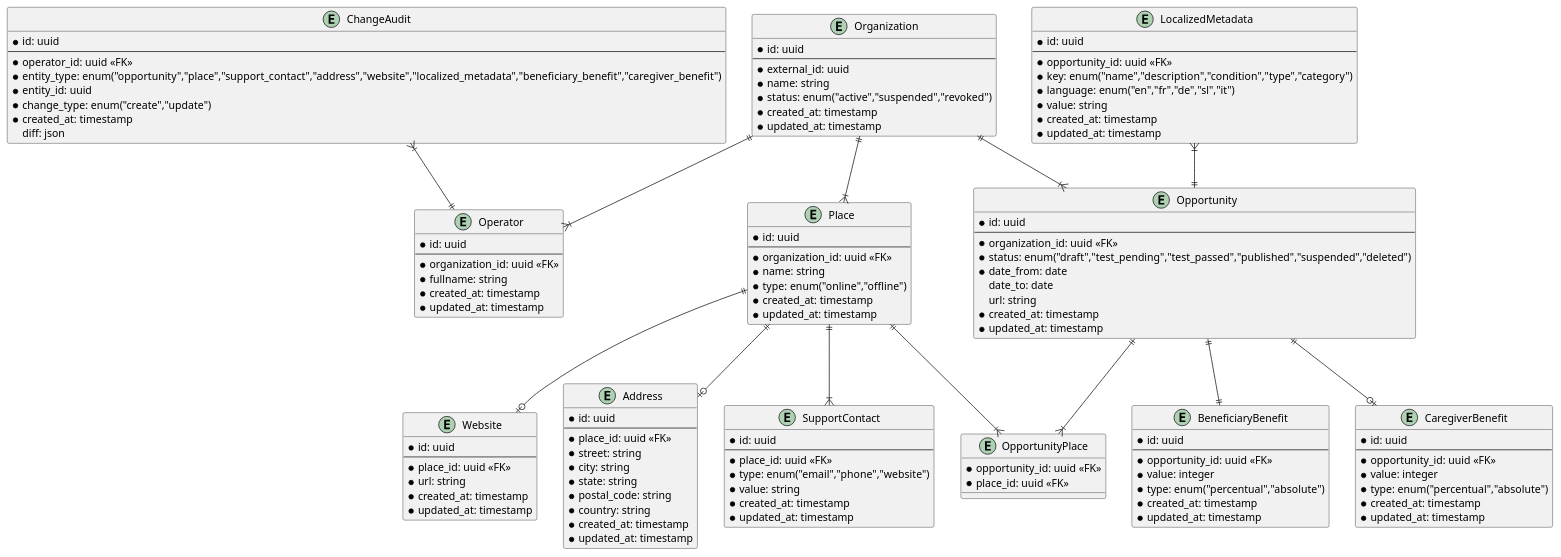
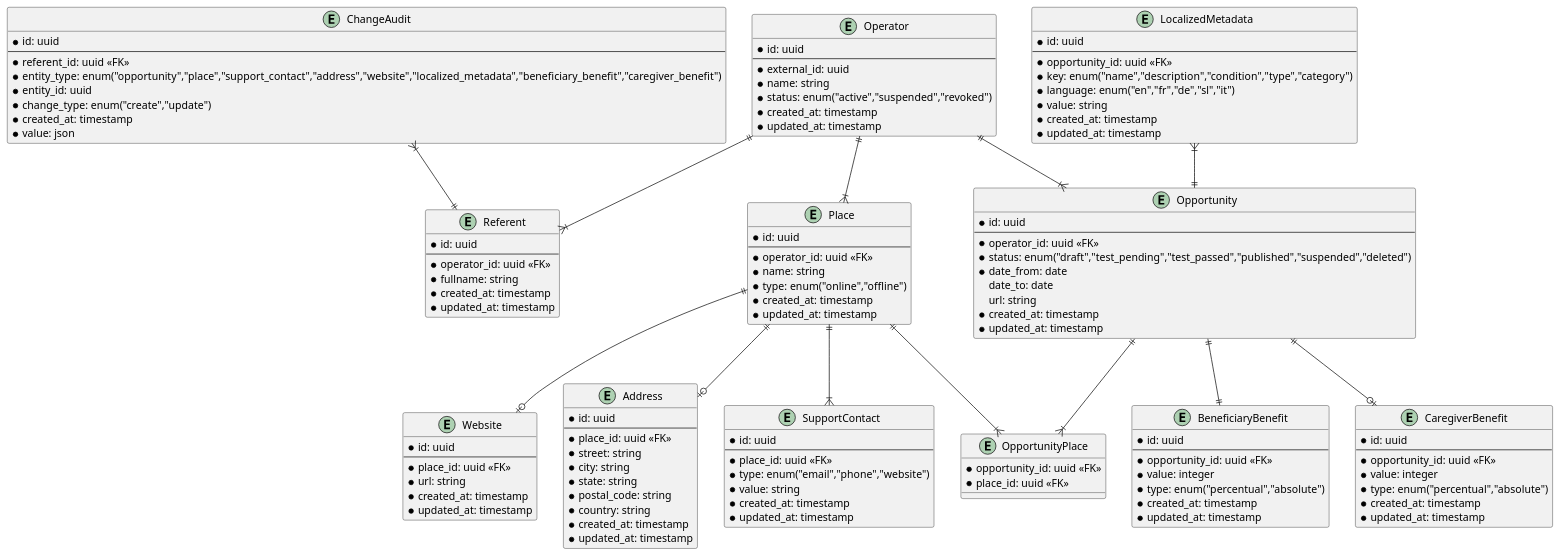
One commit to pagopa/io-growth changed the diagram in docs/backoffice/er.puml. Above: the diagram before and after it, drawn with PlantUML. The commit also changed 1 other file, not shown here.

```diff
--- a/docs/backoffice/er.puml
+++ b/docs/backoffice/er.puml
@@ -1,136 +1,136 @@
 @startuml ced_er_diagram
 
-entity Organization {
+entity Operator {
     * id: uuid
     --
     * external_id: uuid
     * name: string
     * status: enum("active","suspended","revoked")
     * created_at: timestamp
     * updated_at: timestamp
 }
 
-entity Operator {
+entity Referent {
     * id: uuid
     --
-    * organization_id: uuid <<FK>>
+    * operator_id: uuid <<FK>>
     * fullname: string
     * created_at: timestamp
     * updated_at: timestamp
 }
 
 entity Place {
     * id: uuid
     --
-    * organization_id: uuid <<FK>>
+    * operator_id: uuid <<FK>>
     * name: string
     * type: enum("online","offline")
     * created_at: timestamp
     * updated_at: timestamp
 }
 
 entity Website {
     * id: uuid
     --
     * place_id: uuid <<FK>>
     * url: string
     * created_at: timestamp
     * updated_at: timestamp
 }
 
 entity Address {
     * id: uuid
     --
     * place_id: uuid <<FK>>
     * street: string
     * city: string
     * state: string
     * postal_code: string
     * country: string
     * created_at: timestamp
     * updated_at: timestamp
 }
 
 entity SupportContact {
     * id: uuid
     --
     * place_id: uuid <<FK>>
     * type: enum("email","phone","website")
     * value: string
     * created_at: timestamp
     * updated_at: timestamp
 }
 
 entity OpportunityPlace {
     * opportunity_id: uuid <<FK>>
     * place_id: uuid <<FK>>
 }
 
 entity Opportunity {
     * id: uuid
     --
-    * organization_id: uuid <<FK>>
+    * operator_id: uuid <<FK>>
     * status: enum("draft","test_pending","test_passed","published","suspended","deleted")
     * date_from: date
     date_to: date
     url: string
     * created_at: timestamp
     * updated_at: timestamp
 }
 
 entity BeneficiaryBenefit {
     * id: uuid
     --
     * opportunity_id: uuid <<FK>>
     * value: integer
     * type: enum("percentual","absolute")
     * created_at: timestamp
     * updated_at: timestamp
 }
 
 entity CaregiverBenefit {
     * id: uuid
     --
     * opportunity_id: uuid <<FK>>
     * value: integer
     * type: enum("percentual","absolute")
     * created_at: timestamp
     * updated_at: timestamp
 }
 
 entity LocalizedMetadata {
     * id: uuid
     --
     * opportunity_id: uuid <<FK>>
     * key: enum("name","description","condition","type","category")
     * language: enum("en","fr","de","sl","it")
     * value: string
     * created_at: timestamp
     * updated_at: timestamp
 }
 
 entity ChangeAudit {
     * id: uuid
     --
-    * operator_id: uuid <<FK>>
+    * referent_id: uuid <<FK>>
     * entity_type: enum("opportunity","place","support_contact","address","website","localized_metadata","beneficiary_benefit","caregiver_benefit")
     * entity_id: uuid
     * change_type: enum("create","update")
     * created_at: timestamp
-    diff: json
+    * value: json
 }
 
-ChangeAudit }|--|| Operator
-Organization ||--|{ Operator
-Organization ||--|{ Place
-Organization ||--|{ Opportunity
+ChangeAudit }|--|| Referent
+Operator ||--|{ Referent
+Operator ||--|{ Place
+Operator ||--|{ Opportunity
 Place ||--o| Address
 Place ||--o| Website
 Place ||--|{ SupportContact
 Place ||--|{ OpportunityPlace
 Opportunity ||--|{ OpportunityPlace
 LocalizedMetadata }|--|| Opportunity
 Opportunity ||--|| BeneficiaryBenefit
 Opportunity ||--o| CaregiverBenefit
 
 @enduml
```
